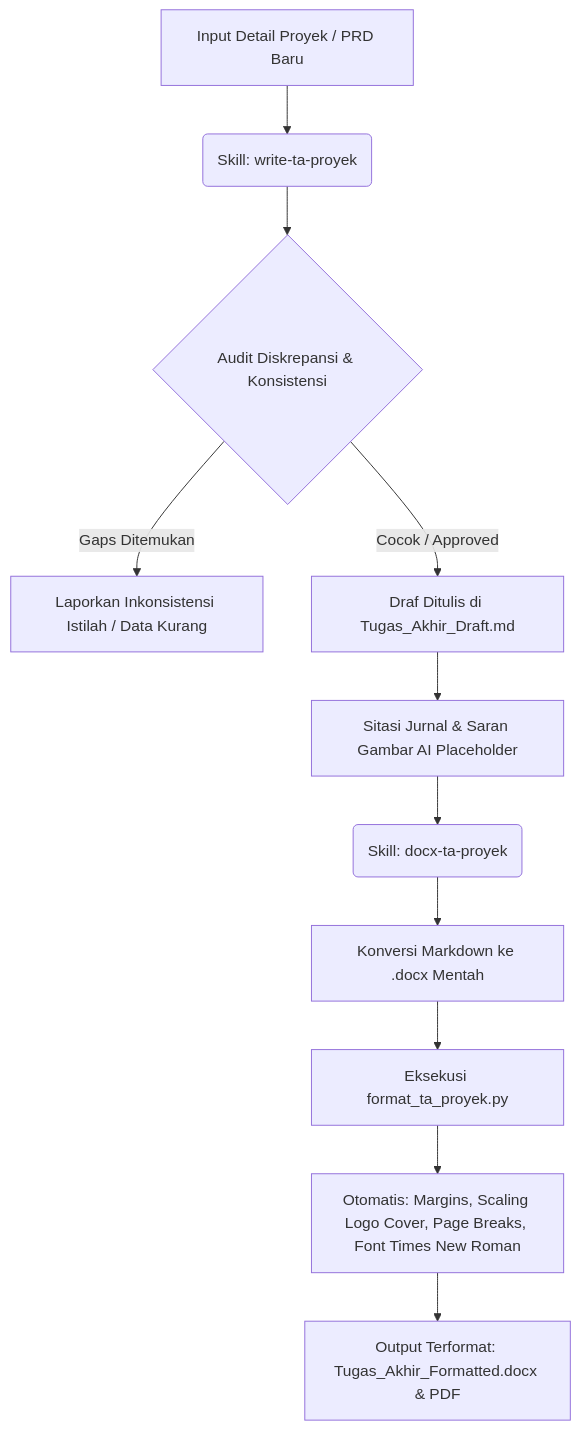
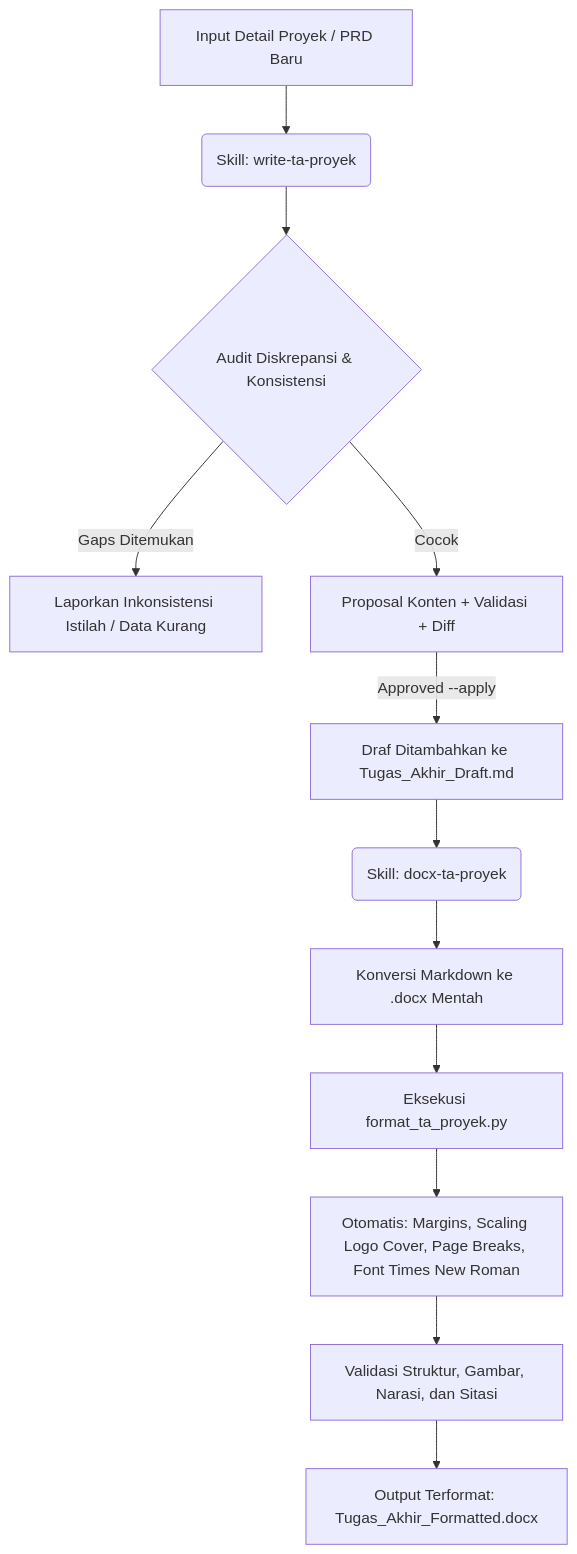
Before and after one commit to Jokskuyy/workflow-ta-proyek: the diagram in README.md, drawn with Mermaid. The commit also changed other lines of this file and 92 other files, not shown here.

````diff
--- a/README.md
+++ b/README.md
@@ -13,13 +15,14 @@
 ```mermaid
 graph TD
     A[Input Detail Proyek / PRD Baru] --> B(Skill: write-ta-proyek)
     B --> C{Audit Diskrepansi & Konsistensi}
     C -->|Gaps Ditemukan| D[Laporkan Inkonsistensi Istilah / Data Kurang]
-    C -->|Cocok / Approved| E[Draf Ditulis di Tugas_Akhir_Draft.md]
-    E --> F[Sitasi Jurnal & Saran Gambar AI Placeholder]
+    C -->|Cocok| E[Proposal Konten + Validasi + Diff]
+    E -->|Approved --apply| F[Draf Ditambahkan ke Tugas_Akhir_Draft.md]
     F --> G(Skill: docx-ta-proyek)
     G --> H[Konversi Markdown ke .docx Mentah]
     H --> I[Eksekusi format_ta_proyek.py]
     I --> J[Otomatis: Margins, Scaling Logo Cover, Page Breaks, Font Times New Roman]
-    J --> K[Output Terformat: Tugas_Akhir_Formatted.docx & PDF]
+    J --> K[Validasi Struktur, Gambar, Narasi, dan Sitasi]
+    K --> L[Output Terformat: Tugas_Akhir_Formatted.docx]
 ```
````
